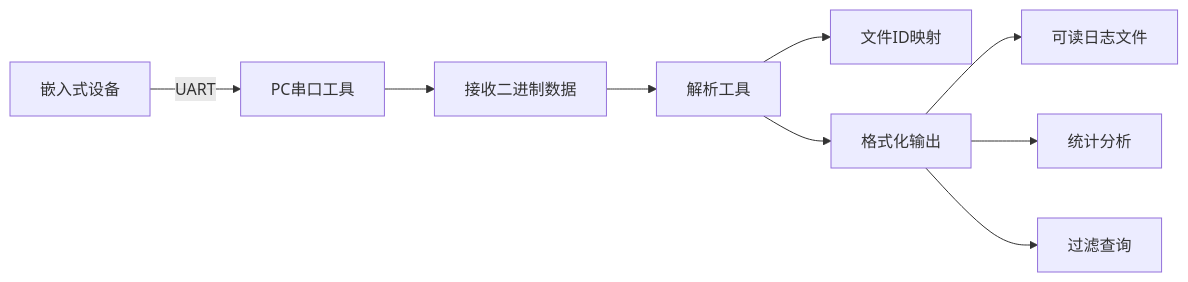
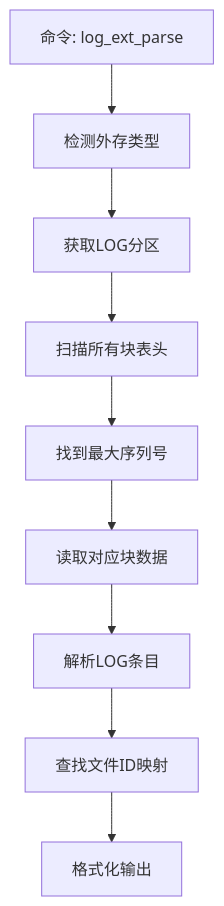
One commit to SamsZoneMaker/ww_log_refactor changed the third of 4 diagrams in doc/Phase2_设计方案.md. Above: the diagram before and after it, drawn with Mermaid. The commit also changed other lines of this file and 7 other files, not shown here.

````diff
--- a/doc/Phase2_设计方案.md
+++ b/doc/Phase2_设计方案.md
@@ -915,11 +538,11 @@
 ```mermaid
-graph LR
-    A[嵌入式设备] -->|UART| B[PC串口工具]
-    B --> C[接收二进制数据]
-    C --> D[解析工具]
-    D --> E[文件ID映射]
-    D --> F[格式化输出]
-    F --> G[可读日志文件]
-    F --> H[统计分析]
-    F --> I[过滤查询]
+graph TD
+    A[命令: log_ext_parse] --> B[检测外存类型]
+    B --> C[获取LOG分区]
+    C --> D[扫描所有块表头]
+    D --> E[找到最大序列号]
+    E --> F[读取对应块数据]
+    F --> G[解析LOG条目]
+    G --> H[查找文件ID映射]
+    H --> I[格式化输出]
 ```
````
